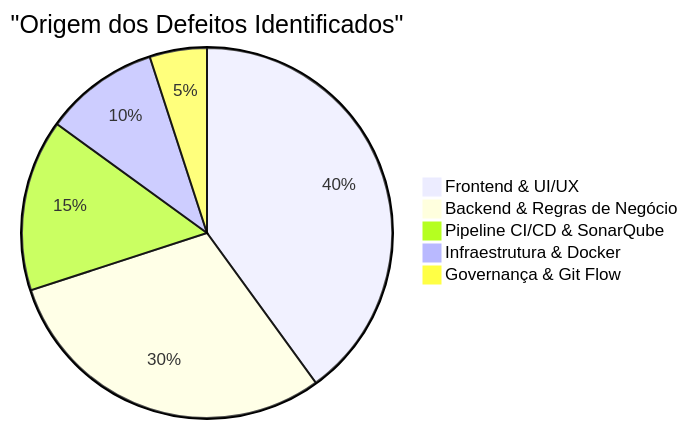
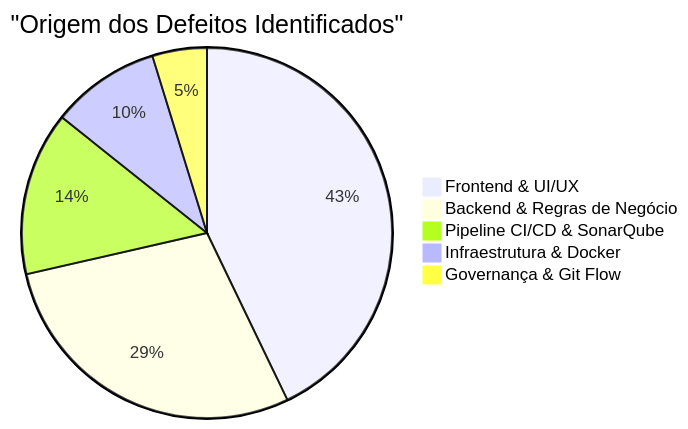
The diagram in docs/projeto-001/003-teste/RBD-Registro_de_Bugs_e_Defeitos.md (ADS-IFPB-SR/alumigest), drawn with Mermaid before and after one commit. The commit also changed other lines of this file and 5 other files, not shown here.

````diff
--- a/docs/projeto-001/003-teste/RBD-Registro_de_Bugs_e_Defeitos.md
+++ b/docs/projeto-001/003-teste/RBD-Registro_de_Bugs_e_Defeitos.md
@@ -588,8 +622,8 @@
 ```mermaid
 pie title "Origem dos Defeitos Identificados"
-    "Frontend & UI/UX" : 8
+    "Frontend & UI/UX" : 9
     "Backend & Regras de Negócio" : 6
     "Pipeline CI/CD & SonarQube" : 3
     "Infraestrutura & Docker" : 2
     "Governança & Git Flow" : 1
 ```
````
